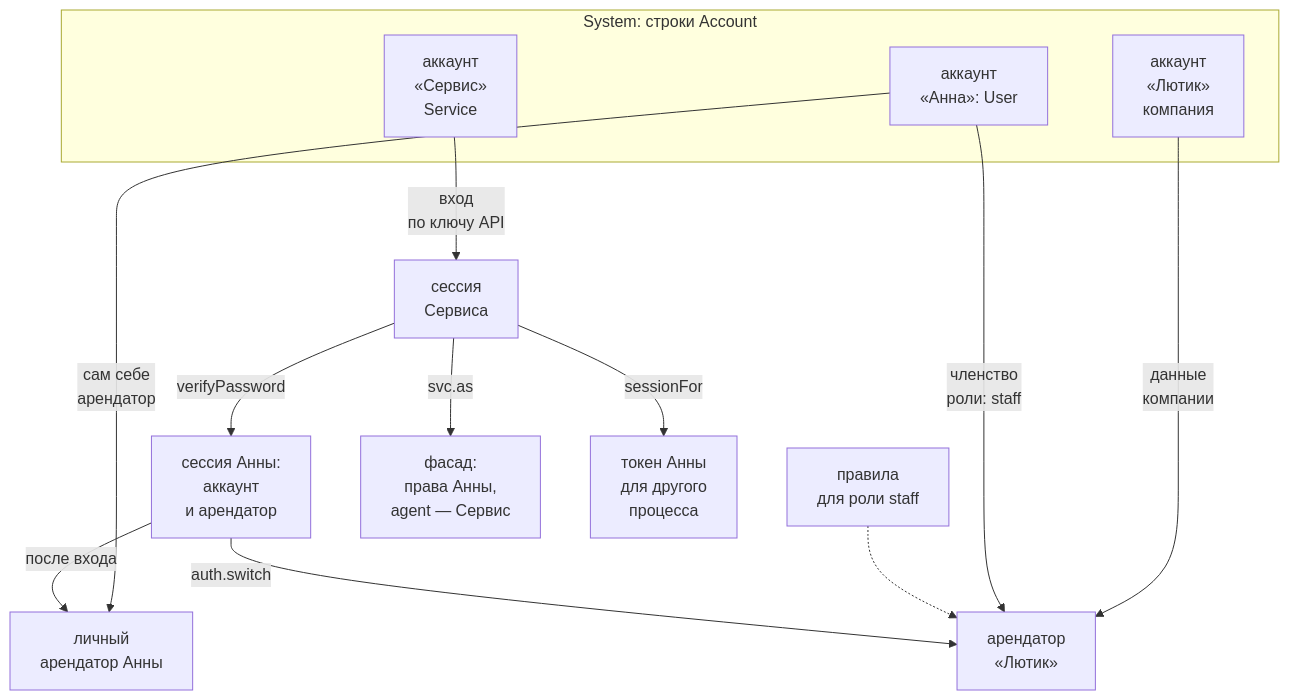
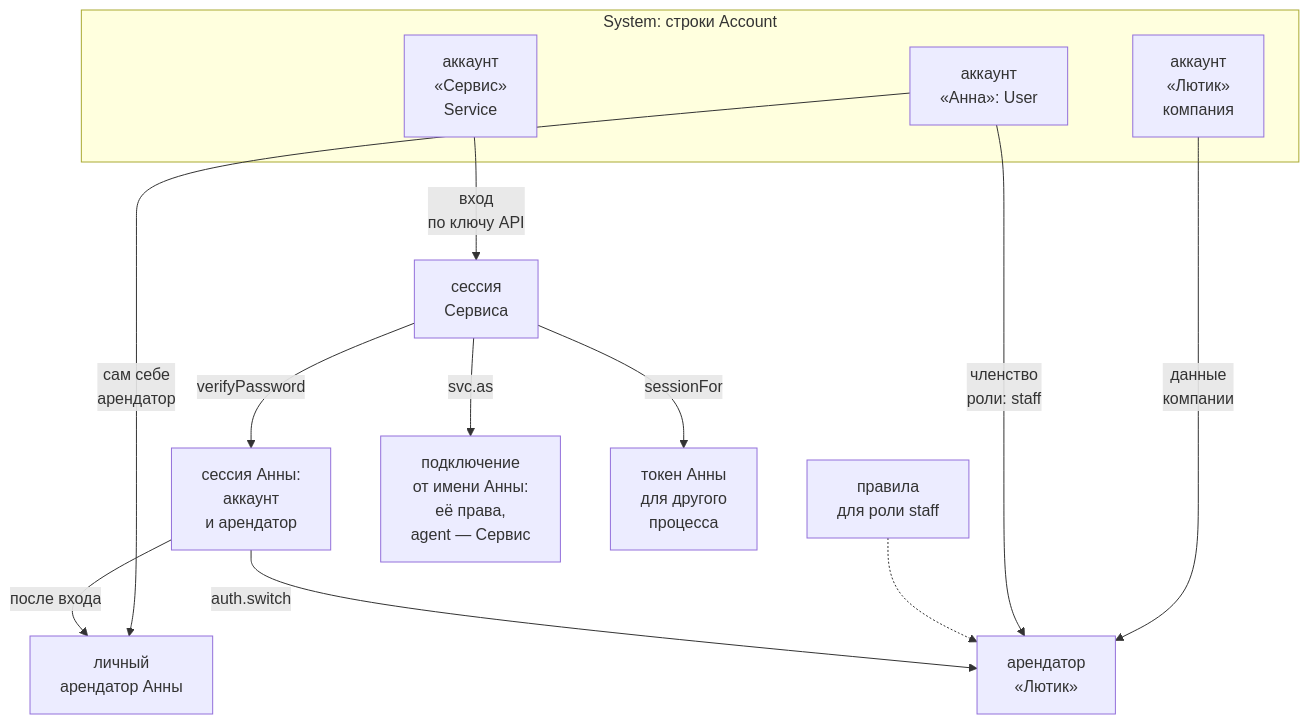
The diagram in guide/pages/concepts/index.md (alepri51/letopis), drawn with Mermaid before and after one commit. The commit also changed other lines of this file and 49 other files, not shown here.

````diff
--- a/guide/pages/concepts/index.md
+++ b/guide/pages/concepts/index.md
@@ -13,18 +13,18 @@
 ```mermaid
 flowchart TB
   subgraph SYS["System: строки Account"]
     A["аккаунт<br/>«Анна»: User"]
     L["аккаунт<br/>«Лютик»<br/>компания"]
     S["аккаунт<br/>«Сервис»<br/>Service"]
   end
   A -->|"сам себе<br/>арендатор"| PA["личный<br/>арендатор Анны"]
   L -->|"данные<br/>компании"| TL["арендатор<br/>«Лютик»"]
   A -->|"членство<br/>роли: staff"| TL
   R["правила<br/>для роли staff"] -.-> TL
   S -->|"вход<br/>по ключу API"| SS["сессия<br/>Сервиса"]
   SS -->|"verifyPassword"| SA["сессия Анны:<br/>аккаунт<br/>и арендатор"]
   SA -->|"после входа"| PA
   SA -->|"auth.switch"| TL
-  SS -->|"svc.as"| AS["фасад:<br/>права Анны,<br/>agent — Сервис"]
+  SS -->|"svc.as"| AS["подключение<br/>от имени Анны:<br/>её права,<br/>agent — Сервис"]
   SS -->|"sessionFor"| SF["токен Анны<br/>для другого<br/>процесса"]
 ```
````
